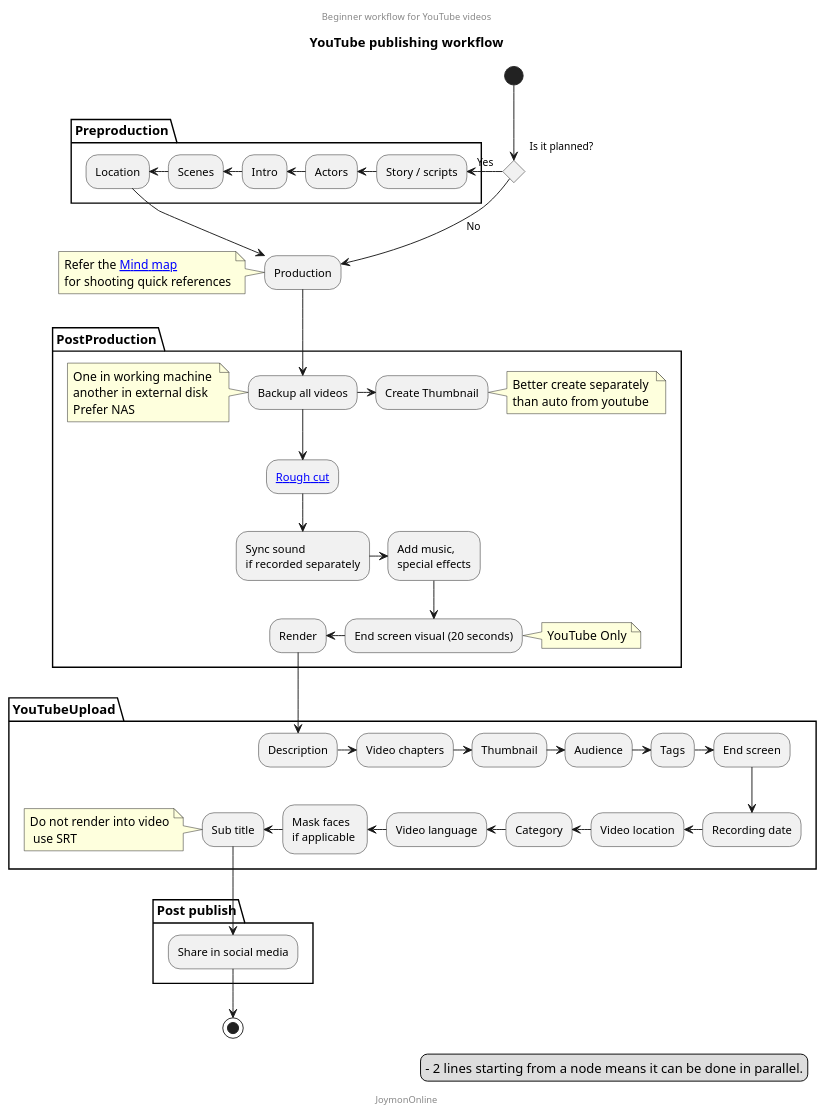
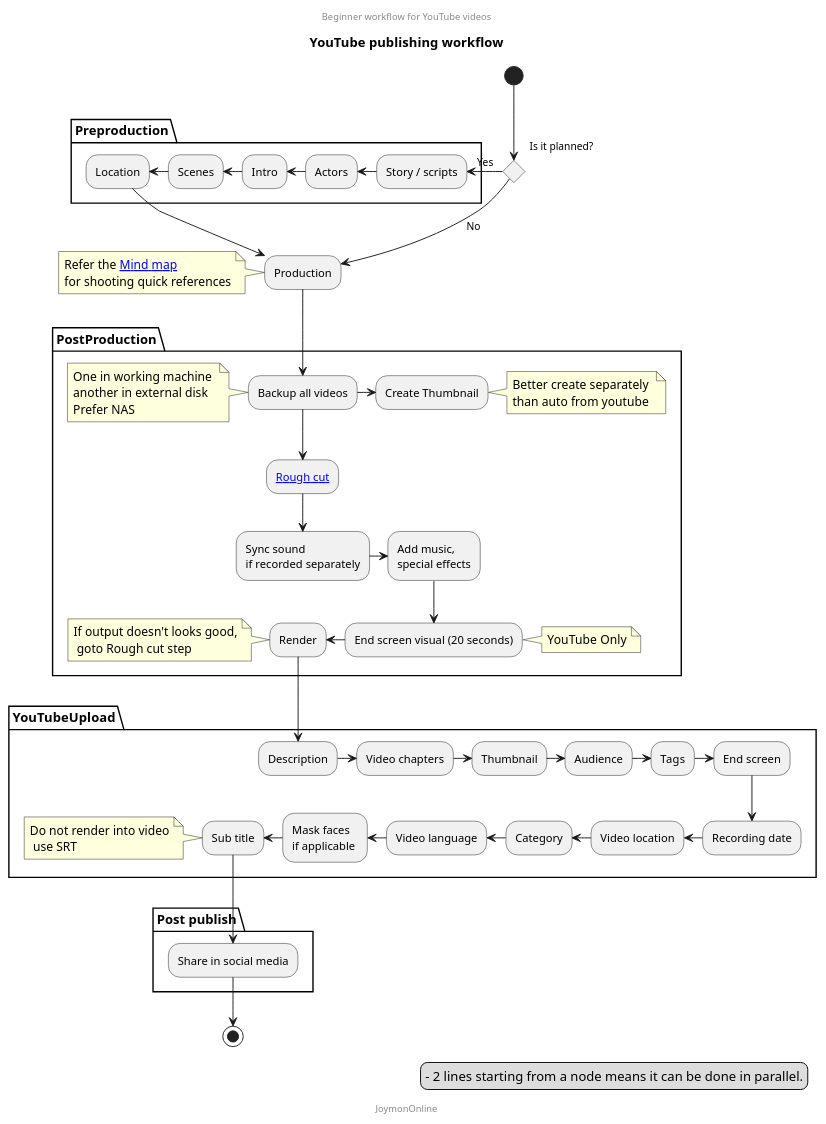
Before and after one commit to mind-maps/technology: the diagram in media/video/beginer-youtube-workflow.puml, drawn with PlantUML.

Commit message:
Updates with loop in case video doesn't looks good

```diff
--- a/media/video/beginer-youtube-workflow.puml
+++ b/media/video/beginer-youtube-workflow.puml
@@ -1,58 +1,59 @@
 @startuml
 Title YouTube publishing workflow
 center header
 Beginner workflow for YouTube videos
 endheader
 (*) if "Is it planned?" then
 partition "Preproduction" {
     --left> [Yes] "Story / scripts"
     --left> "Actors"
     --left> "Intro"
     --left> "Scenes"
     -left-> "Location"
 }
 --> "Production" as P
 note left:Refer the [[https://www.plantuml.com/plantuml/proxy?fmt=svg&cache=no&src=https://raw.githubusercontent.com/mind-maps/technology/master/media/video/publishing.puml Mind map]] \nfor shooting quick references
 else
 -->[No] P
 endif
 partition PostProduction {
     --> "Backup all videos" as B
     note left:One in working machine \nanother in external disk\nPrefer NAS
     --> "[[https://en.wikipedia.org/wiki/Rough_cut Rough cut]]" as RC
     --> "Sync sound\nif recorded separately"
     --right> "Add music,\nspecial effects"
     --> "End screen visual (20 seconds)"
     note right:YouTube Only
     --left> "Render" as R
+    note left: If output doesn't looks good,\n goto Rough cut step 
     B -right-> "Create Thumbnail"
     note right: Better create separately \nthan auto from youtube
 }
 partition YouTubeUpload {
 
     R --> "Description" as U
     U --right> "Video chapters" as VC
     VC--right> "Thumbnail" as STN
     STN--right> "Audience" as AUD
     AUD --right> "Tags" as TAGS
     TAGS --right> "End screen" as ES
     ES --> "Recording date" as RD
     --left> "Video location"
     --left> "Category"
     --left> "Video language"
     --left> "Mask faces \nif applicable " as MF
     --left> "Sub title" as ST
     note left:Do not render into video\n use SRT
 }
 partition "Post publish"{
     --> "Share in social media" as SM
 
 }
 -->(*)
 center footer JoymonOnline
 
 legend right
   - 2 lines starting from a node means it can be done in parallel.
 endlegend
 
 @enduml
```
